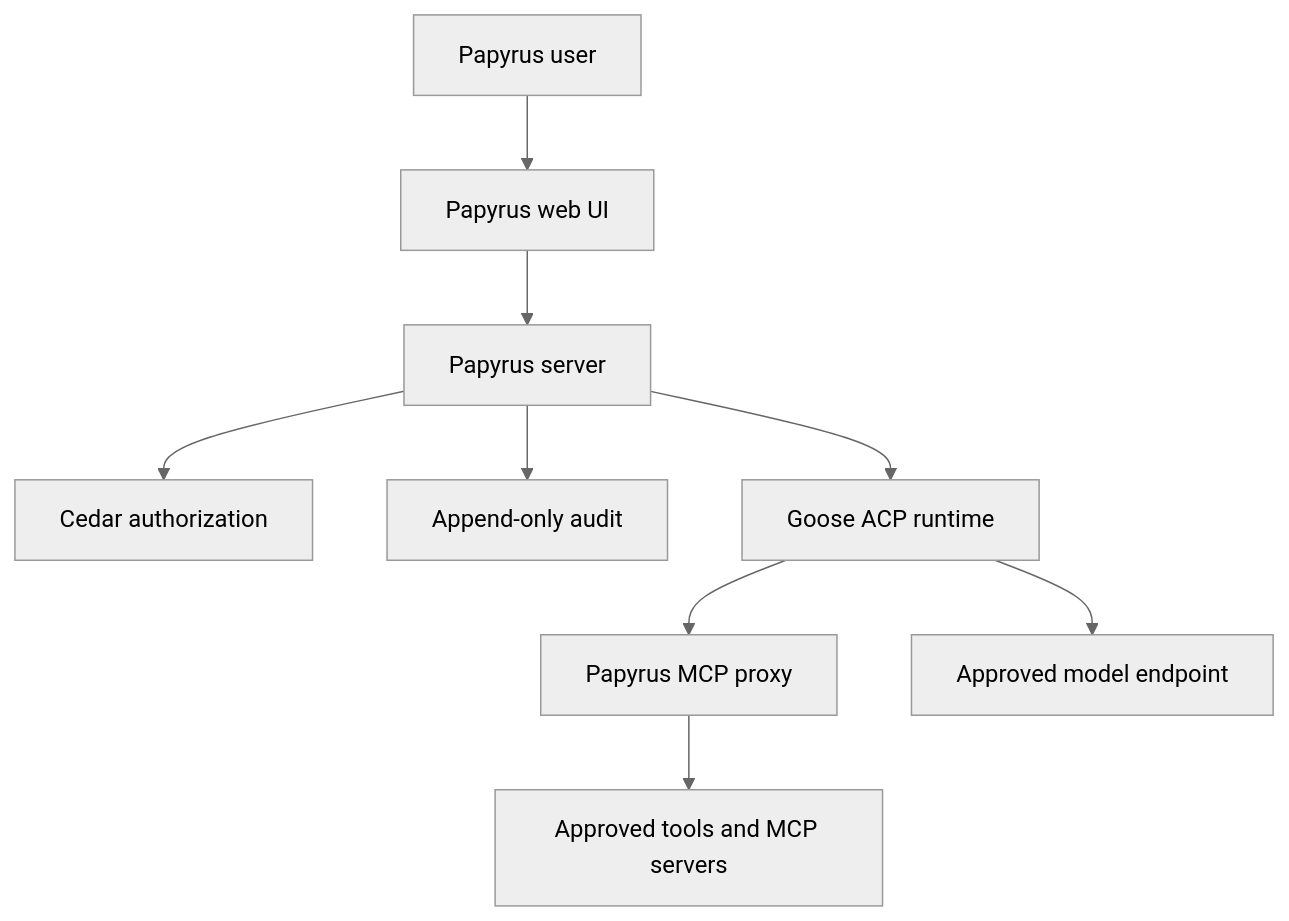
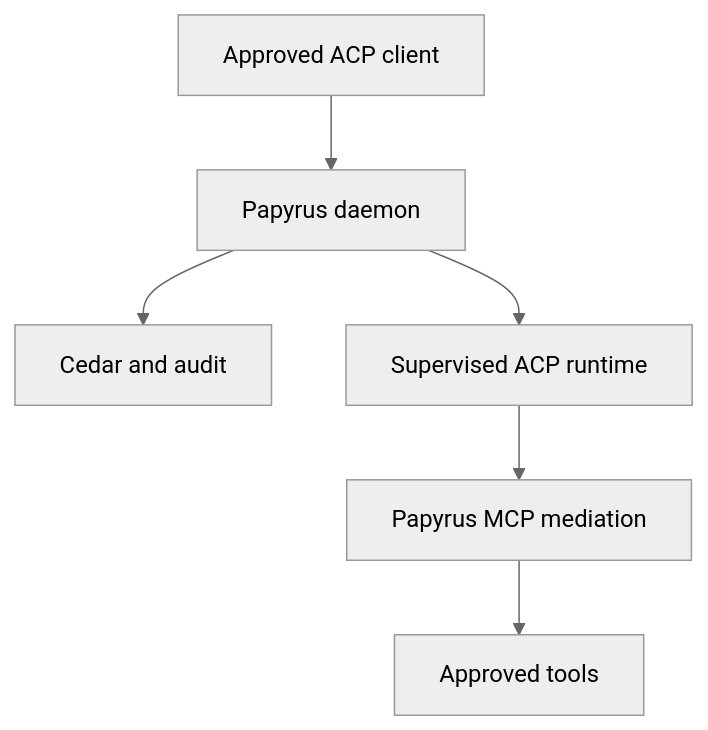
Before and after one commit to beaglabs/papyrus: the diagram in docs/product-scope.md, drawn with Mermaid (neutral theme). The commit also changed other lines of this file, not shown here.

Commit message:
docs: replace Goose-only scope with ACP daemon boundary

````diff
--- a/docs/product-scope.md
+++ b/docs/product-scope.md
@@ -18,11 +15,8 @@
 ```mermaid
 flowchart TD
-    U["Papyrus user"] --> W["Papyrus web UI"]
-    W --> S["Papyrus server"]
-    S --> P["Cedar authorization"]
-    S --> A["Append-only audit"]
-    S --> G["Goose ACP runtime"]
-    G --> M["Papyrus MCP proxy"]
-    G --> L["Approved model endpoint"]
-    M --> T["Approved tools and MCP servers"]
+    C["Approved ACP client"] --> D["Papyrus daemon"]
+    D --> P["Cedar and audit"]
+    D --> R["Supervised ACP runtime"]
+    R --> M["Papyrus MCP mediation"]
+    M --> T["Approved tools"]
 ```
````
